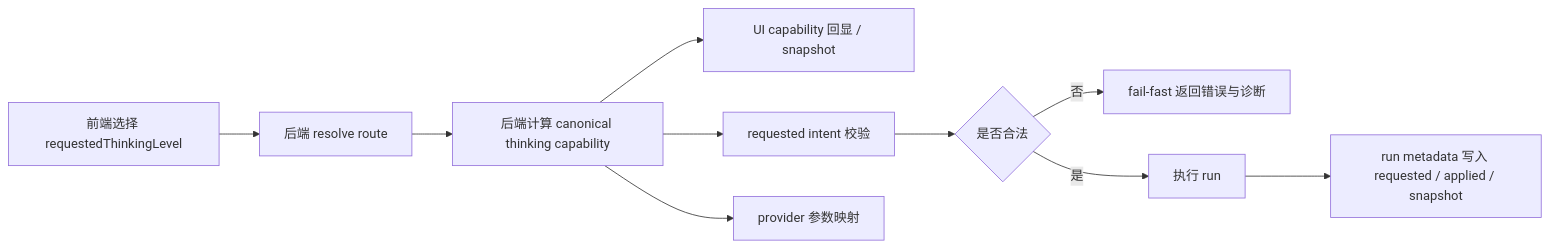
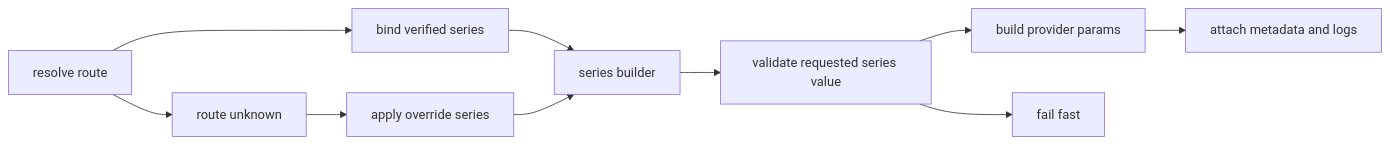
One commit to sustech-cs304/team-project-26spring-26s-23 changed the diagram in docs/plans/2026-04-04-thinking-parameter-adjustment-design.md. Above: the diagram before and after it, drawn with Mermaid. The commit also changed other lines of this file and 33 other files, not shown here.

````diff
--- a/docs/plans/2026-04-04-thinking-parameter-adjustment-design.md
+++ b/docs/plans/2026-04-04-thinking-parameter-adjustment-design.md
@@ -235,12 +324,12 @@
 ```mermaid
 flowchart LR
-A[前端选择 requestedThinkingLevel] --> B[后端 resolve route]
-B --> C[后端计算 canonical thinking capability]
-C --> D[UI capability 回显 / snapshot]
-C --> E[requested intent 校验]
-C --> F[provider 参数映射]
-E --> G{是否合法}
-G -- 否 --> H[fail-fast 返回错误与诊断]
-G -- 是 --> I[执行 run]
-I --> J[run metadata 写入 requested / applied / snapshot]
+A[resolve route] --> B[bind verified series]
+A --> C[route unknown]
+C --> D[apply override series]
+B --> E[series builder]
+D --> E
+E --> F[validate requested series value]
+F --> G[build provider params]
+G --> H[attach metadata and logs]
+F --> I[fail fast]
 ```
````
